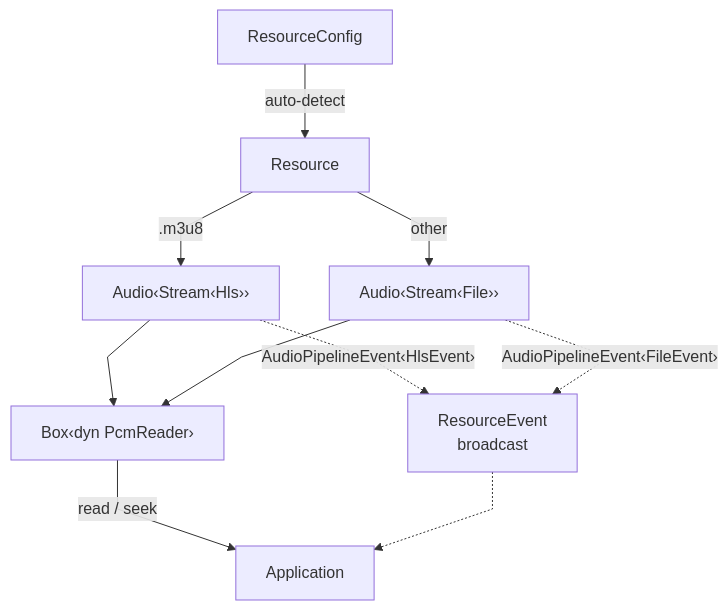
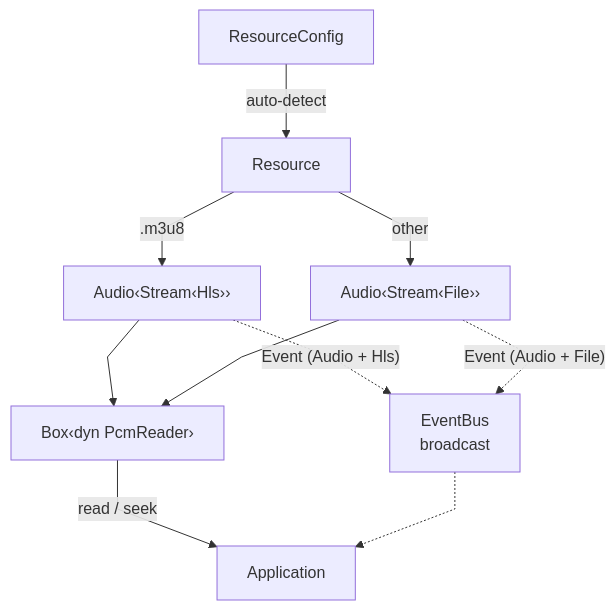
The diagram in crates/kithara/README.md (zvuk/kithara), drawn with Mermaid before and after one commit. The commit also changed other lines of this file and 106 other files, not shown here.

First line of the commit message:
feat: add kithara-events crate with unified EventBus

````diff
--- a/crates/kithara/README.md
+++ b/crates/kithara/README.md
@@ -37,16 +37,16 @@
 ```mermaid
 %%{init: {"flowchart": {"curve": "linear"}} }%%
 graph TD
     RC[ResourceConfig] -->|auto-detect| R[Resource]
     R -->|".m3u8"| AH["Audio‹Stream‹Hls››"]
     R -->|other| AF["Audio‹Stream‹File››"]
 
     AH --> PR["Box‹dyn PcmReader›"]
     AF --> PR
 
     PR -->|"read / seek"| APP[Application]
 
-    AH -. "AudioPipelineEvent‹HlsEvent›" .-> EV[ResourceEvent<br/>broadcast]
-    AF -. "AudioPipelineEvent‹FileEvent›" .-> EV
+    AH -. "Event (Audio + Hls)" .-> EV[EventBus<br/>broadcast]
+    AF -. "Event (Audio + File)" .-> EV
     EV -.-> APP
 ```
````
